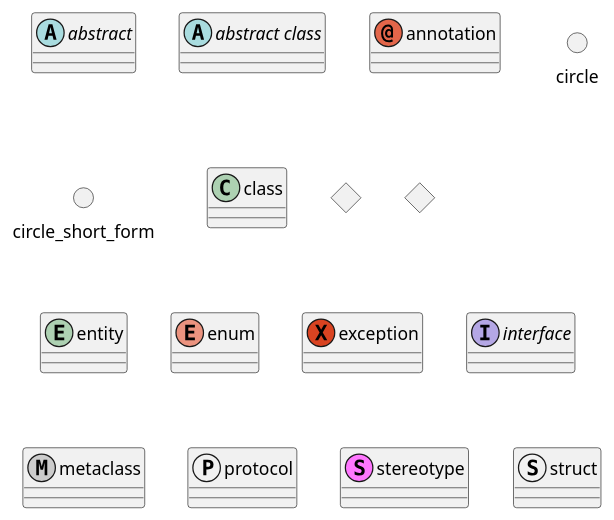
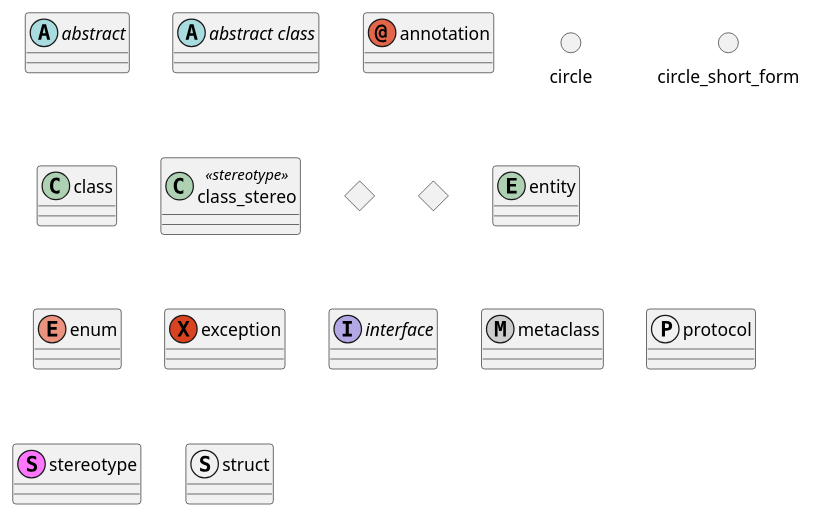
The diagram in input/Class.puml (The-Lum/puml-themes-gallery), drawn with PlantUML before and after one commit.

Commit message:
🌱 upd: Adding `stereotype`
Adding `stereotype` line:
- `class           class_stereo  <<stereotype>>`

```diff
--- a/input/Class.puml
+++ b/input/Class.puml
@@ -1,18 +1,19 @@
 @startuml
 abstract        abstract
 abstract class  "abstract class"
 annotation      annotation
 circle          circle
 ()              circle_short_form
 class           class
+class           class_stereo  <<stereotype>>
 diamond         diamond
 <>              diamond_short_form
 entity          entity
 enum            enum
 exception       exception
 interface       interface
 metaclass       metaclass
 protocol        protocol
 stereotype      stereotype
 struct          struct
 @enduml
```
